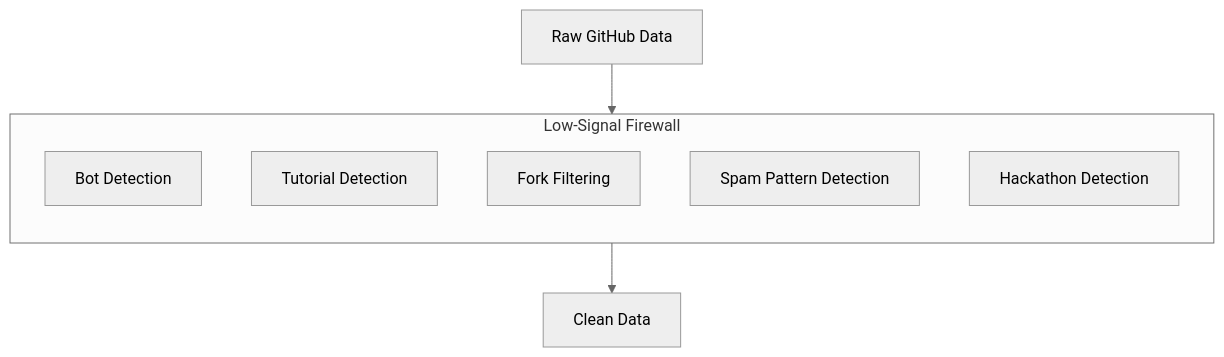
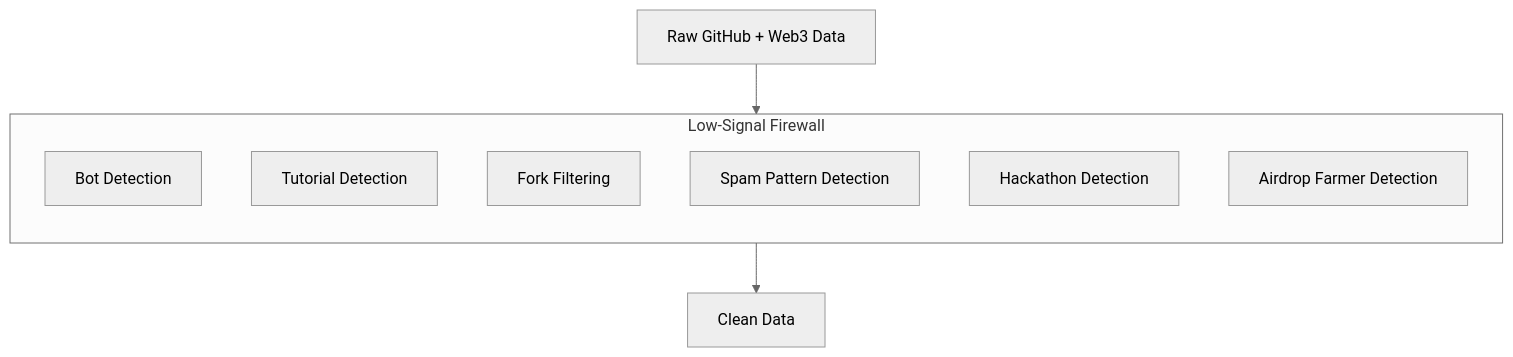
One commit to Hikabu/A16Zero changed the first of 4 diagrams in PLAN.md. Above: the diagram before and after it, drawn with Mermaid (neutral theme). The commit also changed other lines of this file and 11 other files, not shown here.

````diff
--- a/PLAN.md
+++ b/PLAN.md
@@ -242,16 +266,16 @@
 ```mermaid
 flowchart TD
-    A[Raw GitHub Data] --> B[Low-Signal Firewall]
+    A[Raw GitHub + Web3 Data] --> B[Low-Signal Firewall]
 
     subgraph B [Low-Signal Firewall]
         direction TB
         F1[Bot Detection]
         F2[Tutorial Detection]
         F3[Fork Filtering]
         F4[Spam Pattern Detection]
         F5[Hackathon Detection]
+        F6[Airdrop Farmer Detection]
     end
 
     B --> C[Clean Data]
-
 ```
````
